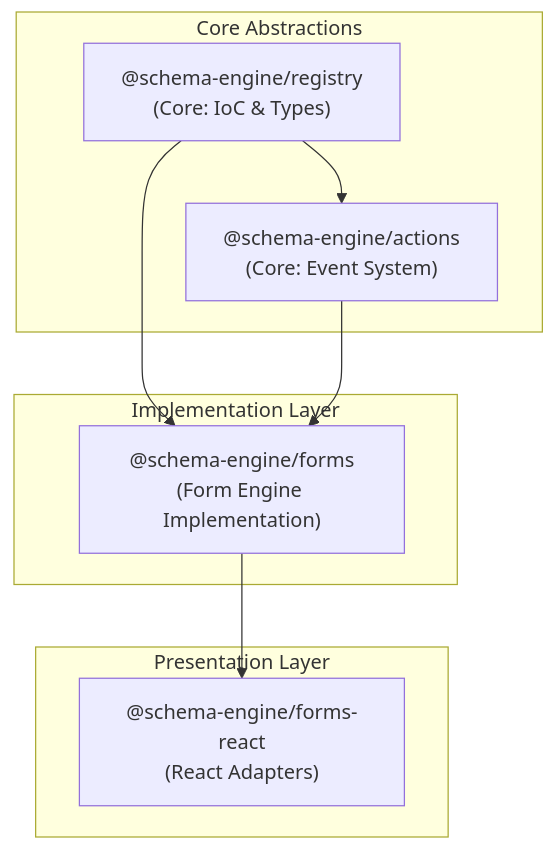
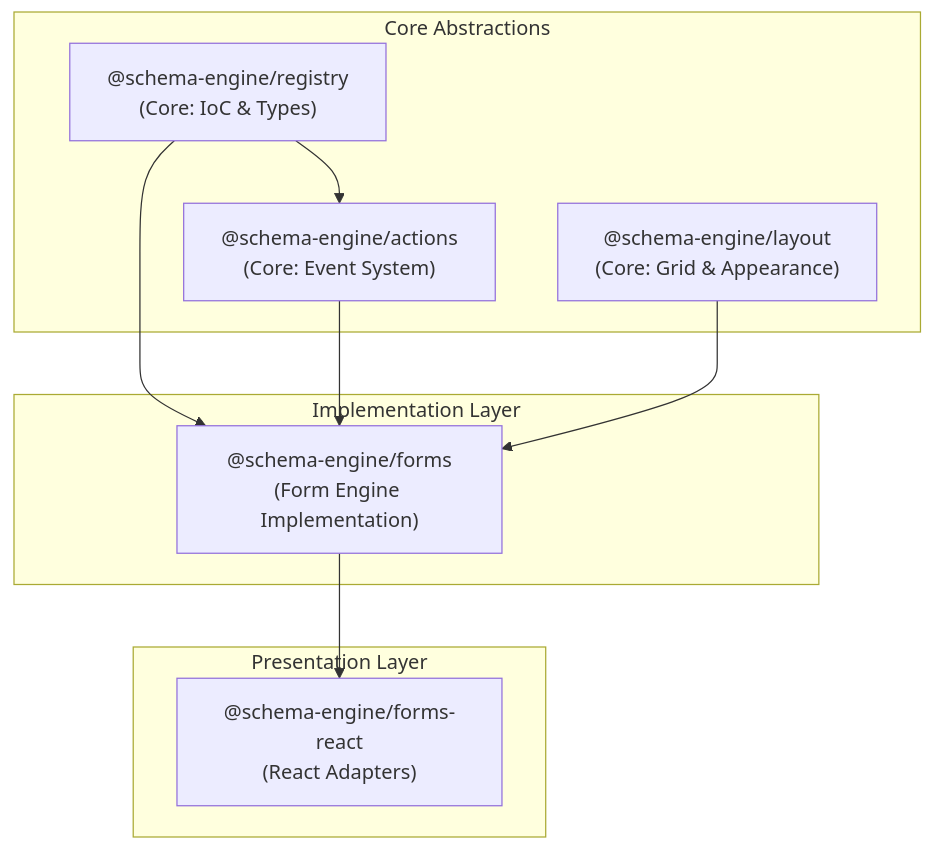
The diagram in README.md (schema-engine/schema-engine), drawn with Mermaid before and after one commit. The commit also changed other lines of this file and 12 other files, not shown here.

````diff
--- a/README.md
+++ b/README.md
@@ -129,20 +129,22 @@
 ```mermaid
 graph TD
     subgraph Core ["Core Abstractions"]
         Registry["@schema-engine/registry<br/>(Core: IoC & Types)"]
         Actions["@schema-engine/actions<br/>(Core: Event System)"]
+        Layout["@schema-engine/layout<br/>(Core: Grid & Appearance)"]
     end
 
     subgraph Implementation ["Implementation Layer"]
         Forms["@schema-engine/forms<br/>(Form Engine Implementation)"]
     end
 
     subgraph Presentation ["Presentation Layer"]
         React["@schema-engine/forms-react<br/>(React Adapters)"]
     end
 
     Registry --> Actions
     Registry --> Forms
     Actions --> Forms
+    Layout --> Forms
     Forms --> React
 ```
````
